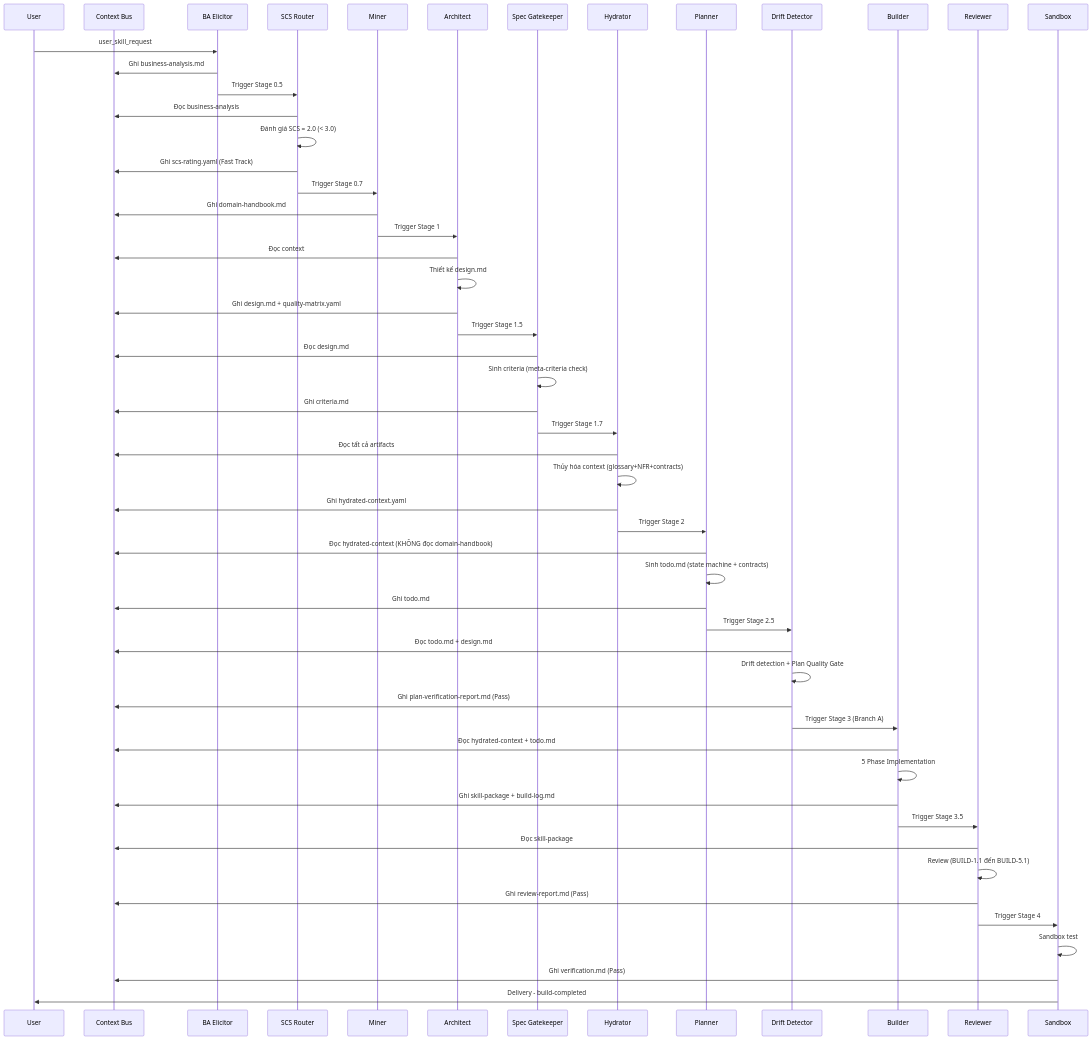
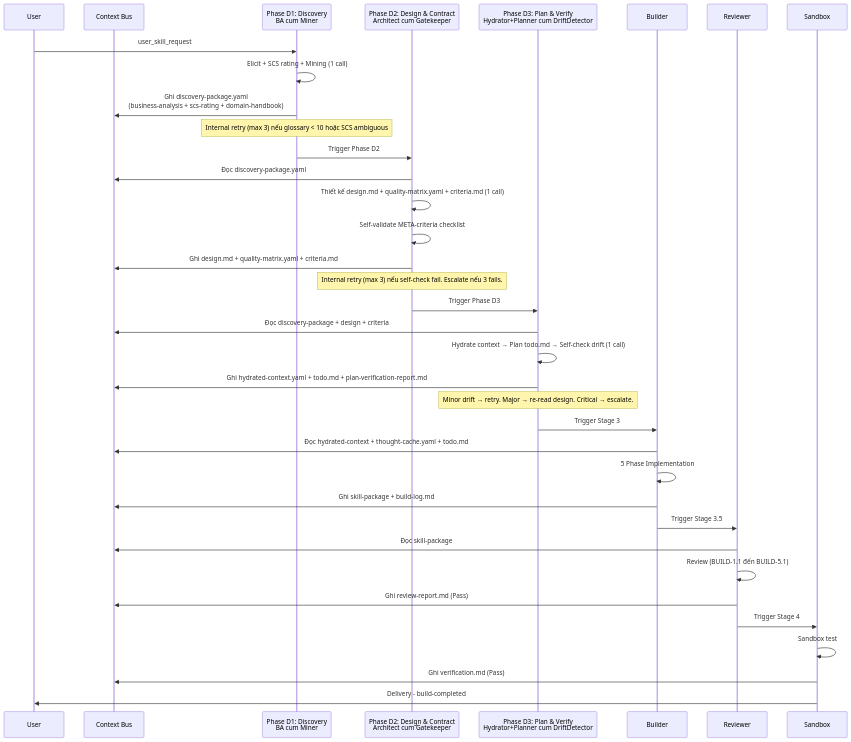
Before and after one commit to vuthuonghai-steve/WASHVN: the seventh of 9 diagrams in Temps/clean/architecture-design.md, drawn with Mermaid. The commit also changed other lines of this file and 8 other files, not shown here.

````diff
--- a/Temps/clean/architecture-design.md
+++ b/Temps/clean/architecture-design.md
@@ -693,57 +800,42 @@
 ```mermaid
 sequenceDiagram
     participant U as User
     participant CB as Context Bus
-    participant BA as BA Elicitor
-    participant SC as SCS Router
-    participant MI as Miner
-    participant AR as Architect
-    participant GK as Spec Gatekeeper
-    participant HY as Hydrator
-    participant PL as Planner
-    participant DD as Drift Detector
+    participant D1 as Phase D1: Discovery<br/>BA cum Miner
+    participant D2 as Phase D2: Design & Contract<br/>Architect cum Gatekeeper
+    participant D3 as Phase D3: Plan & Verify<br/>Hydrator+Planner cum DriftDetector
     participant BU as Builder
     participant RV as Reviewer
     participant SB as Sandbox
 
-    U->>BA: user_skill_request
-    BA->>CB: Ghi business-analysis.md
-    BA->>SC: Trigger Stage 0.5
-    SC->>CB: Đọc business-analysis
-    SC->>SC: Đánh giá SCS = 2.0 (< 3.0)
-    SC->>CB: Ghi scs-rating.yaml (Fast Track)
-    SC->>MI: Trigger Stage 0.7
-    MI->>CB: Ghi domain-handbook.md
-    MI->>AR: Trigger Stage 1
-    AR->>CB: Đọc context
-    AR->>AR: Thiết kế design.md
-    AR->>CB: Ghi design.md + quality-matrix.yaml
-    AR->>GK: Trigger Stage 1.5
-    GK->>CB: Đọc design.md
-    GK->>GK: Sinh criteria (meta-criteria check)
-    GK->>CB: Ghi criteria.md
-    GK->>HY: Trigger Stage 1.7
-    HY->>CB: Đọc tất cả artifacts
-    HY->>HY: Thủy hóa context (glossary+NFR+contracts)
-    HY->>CB: Ghi hydrated-context.yaml
-    HY->>PL: Trigger Stage 2
-    PL->>CB: Đọc hydrated-context (KHÔNG đọc domain-handbook)
-    PL->>PL: Sinh todo.md (state machine + contracts)
-    PL->>CB: Ghi todo.md
-    PL->>DD: Trigger Stage 2.5
-    DD->>CB: Đọc todo.md + design.md
-    DD->>DD: Drift detection + Plan Quality Gate
-    DD->>CB: Ghi plan-verification-report.md (Pass)
-    DD->>BU: Trigger Stage 3 (Branch A)
-    BU->>CB: Đọc hydrated-context + todo.md
+    U->>D1: user_skill_request
+    D1->>D1: Elicit + SCS rating + Mining (1 call)
+    D1->>CB: Ghi discovery-package.yaml<br/>(business-analysis + scs-rating + domain-handbook)
+    Note over D1: Internal retry (max 3) nếu glossary < 10 hoặc SCS ambiguous
+
+    D1->>D2: Trigger Phase D2
+    D2->>CB: Đọc discovery-package.yaml
+    D2->>D2: Thiết kế design.md + quality-matrix.yaml + criteria.md (1 call)
+    D2->>D2: Self-validate META-criteria checklist
+    D2->>CB: Ghi design.md + quality-matrix.yaml + criteria.md
+    Note over D2: Internal retry (max 3) nếu self-check fail. Escalate nếu 3 fails.
+
+    D2->>D3: Trigger Phase D3
+    D3->>CB: Đọc discovery-package + design + criteria
+    D3->>D3: Hydrate context → Plan todo.md → Self-check drift (1 call)
+    D3->>CB: Ghi hydrated-context.yaml + todo.md + plan-verification-report.md
+    Note over D3: Minor drift → retry. Major → re-read design. Critical → escalate.
+
+    D3->>BU: Trigger Stage 3
+    BU->>CB: Đọc hydrated-context + thought-cache.yaml + todo.md
     BU->>BU: 5 Phase Implementation
     BU->>CB: Ghi skill-package + build-log.md
     BU->>RV: Trigger Stage 3.5
     RV->>CB: Đọc skill-package
     RV->>RV: Review (BUILD-1.1 đến BUILD-5.1)
     RV->>CB: Ghi review-report.md (Pass)
     RV->>SB: Trigger Stage 4
     SB->>SB: Sandbox test
     SB->>CB: Ghi verification.md (Pass)
     SB->>U: Delivery - build-completed
 ```
````
